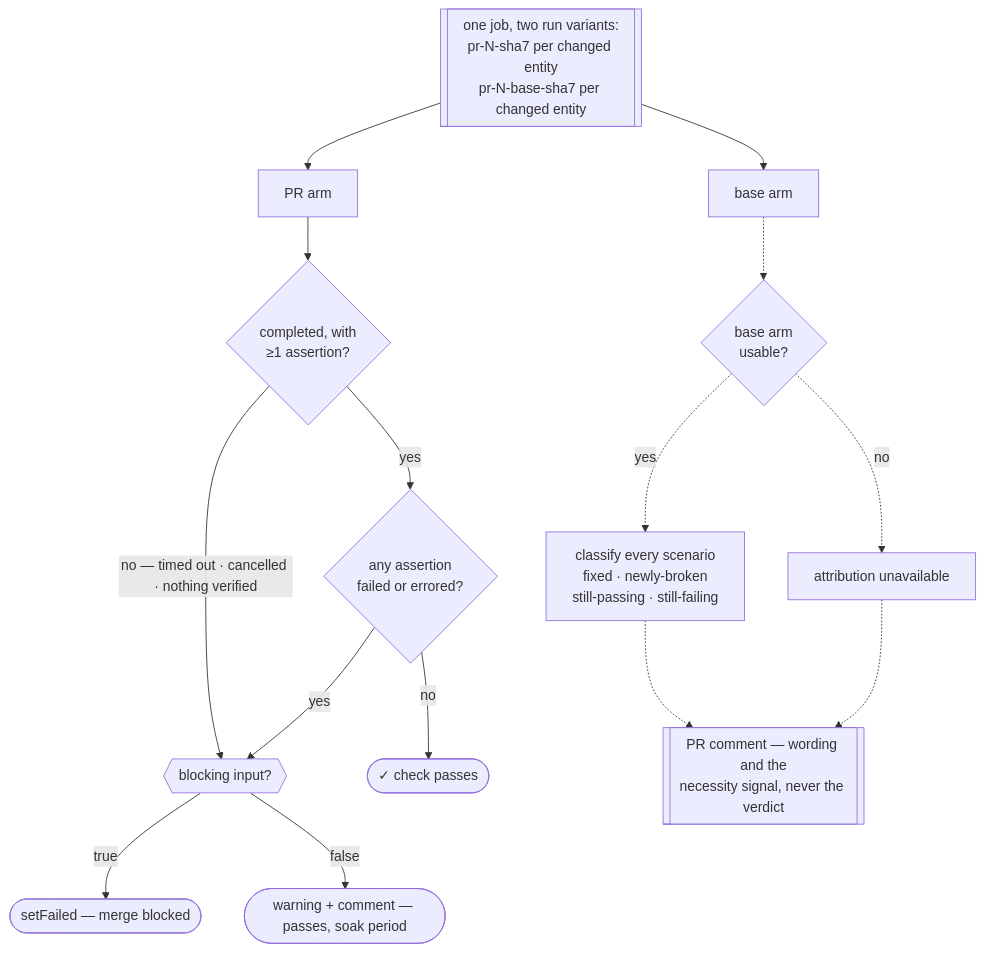
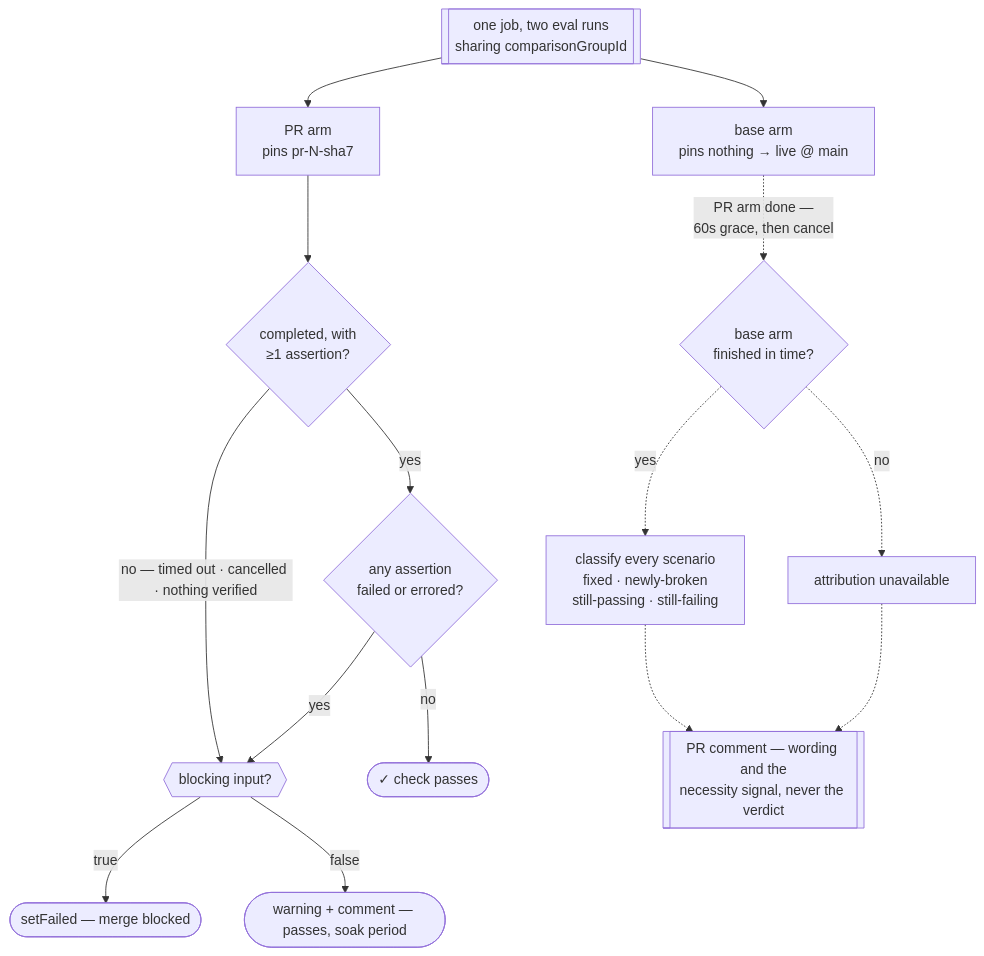
One commit to wix/skills changed the second of 3 diagrams in .github/actions/evalforge-skill-gate/README.md. Above: the diagram before and after it, drawn with Mermaid. The commit also changed other lines of this file and 4 other files, not shown here.

````diff
--- a/.github/actions/evalforge-skill-gate/README.md
+++ b/.github/actions/evalforge-skill-gate/README.md
@@ -85,20 +94,20 @@
 ```mermaid
 flowchart TD
-    VERS[["one job, two run variants:<br/>pr-N-sha7 per changed entity<br/>pr-N-base-sha7 per changed entity"]]
-    VERS --> PRRUN[PR arm]
-    VERS --> BASERUN[base arm]
+    START[["one job, two eval runs<br/>sharing comparisonGroupId"]]
+    START --> PRRUN["PR arm<br/>pins pr-N-sha7"]
+    START --> BASERUN["base arm<br/>pins nothing → live @ main"]
 
     PRRUN --> USABLE{completed, with<br/>≥1 assertion?}
     USABLE -->|"no — timed out · cancelled · nothing verified"| DECIDE
     USABLE -->|yes| RED{any assertion<br/>failed or errored?}
     RED -->|no| PASS([✓ check passes])
     RED -->|yes| DECIDE{{"blocking input?"}}
     DECIDE -->|true| BLOCK([setFailed — merge blocked])
     DECIDE -->|false| WARN([warning + comment — passes, soak period])
 
-    BASERUN -.-> BUSABLE{base arm<br/>usable?}
+    BASERUN -.->|"PR arm done —<br/>60s grace, then cancel"| BUSABLE{base arm<br/>finished in time?}
     BUSABLE -.->|no| NOATTR[attribution unavailable]
     BUSABLE -.->|yes| CLASS["classify every scenario<br/>fixed · newly-broken<br/>still-passing · still-failing"]
     CLASS -.-> COMMENT
     NOATTR -.-> COMMENT[["PR comment — wording and the<br/>necessity signal, never the verdict"]]
 ```
````
